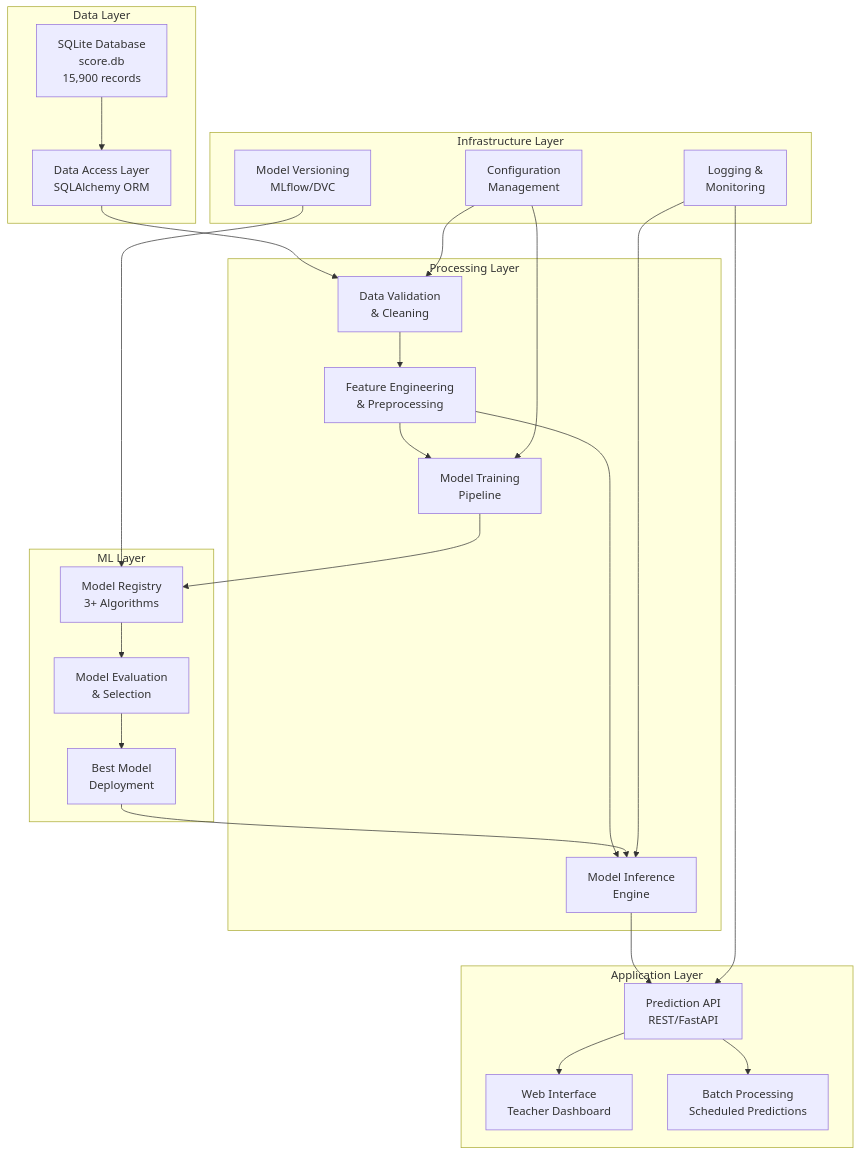
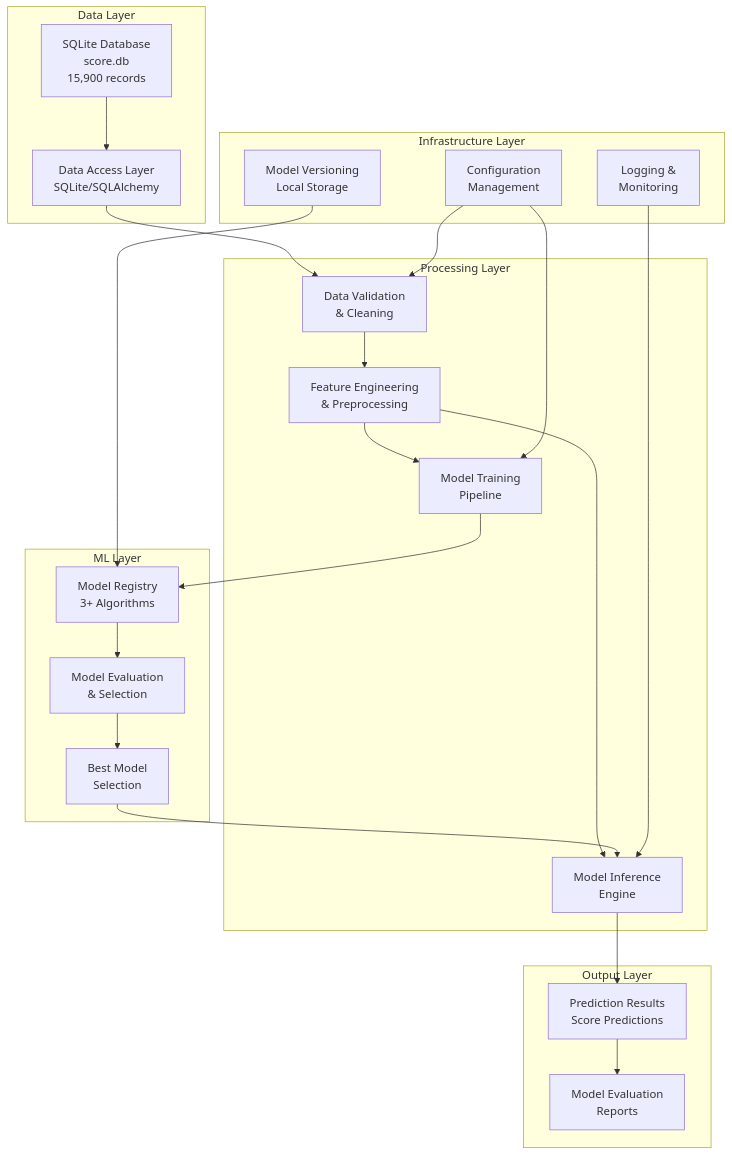
The first of 6 diagrams in specs/ai-doc/projectOverview.md (Champ-CEO/studentscore), drawn with Mermaid before and after one commit. The commit also changed other lines of this file and 9 other files, not shown here.

````diff
--- a/specs/ai-doc/projectOverview.md
+++ b/specs/ai-doc/projectOverview.md
@@ -64,34 +64,32 @@
 ```mermaid
 graph TB
     subgraph "Data Layer"
-        A[SQLite Database<br/>score.db<br/>15,900 records] --> B[Data Access Layer<br/>SQLAlchemy ORM]
+        A[SQLite Database<br/>score.db<br/>15,900 records] --> B[Data Access Layer<br/>SQLite/SQLAlchemy]
     end
     
     subgraph "Processing Layer"
         B --> C[Data Validation<br/>& Cleaning]
         C --> D[Feature Engineering<br/>& Preprocessing]
         D --> E[Model Training<br/>Pipeline]
         D --> F[Model Inference<br/>Engine]
     end
     
     subgraph "ML Layer"
         E --> G[Model Registry<br/>3+ Algorithms]
         G --> H[Model Evaluation<br/>& Selection]
-        H --> I[Best Model<br/>Deployment]
+        H --> I[Best Model<br/>Selection]
         I --> F
     end
     
-    subgraph "Application Layer"
-        F --> J[Prediction API<br/>REST/FastAPI]
-        J --> K[Web Interface<br/>Teacher Dashboard]
-        J --> L[Batch Processing<br/>Scheduled Predictions]
+    subgraph "Output Layer"
+        F --> J[Prediction Results<br/>Score Predictions]
+        J --> K[Model Evaluation<br/>Reports]
     end
     
     subgraph "Infrastructure Layer"
         M[Configuration<br/>Management] --> C
         M --> E
         N[Logging &<br/>Monitoring] --> F
-        N --> J
-        O[Model Versioning<br/>MLflow/DVC] --> G
+        O[Model Versioning<br/>Local Storage] --> G
     end
 ```
````
